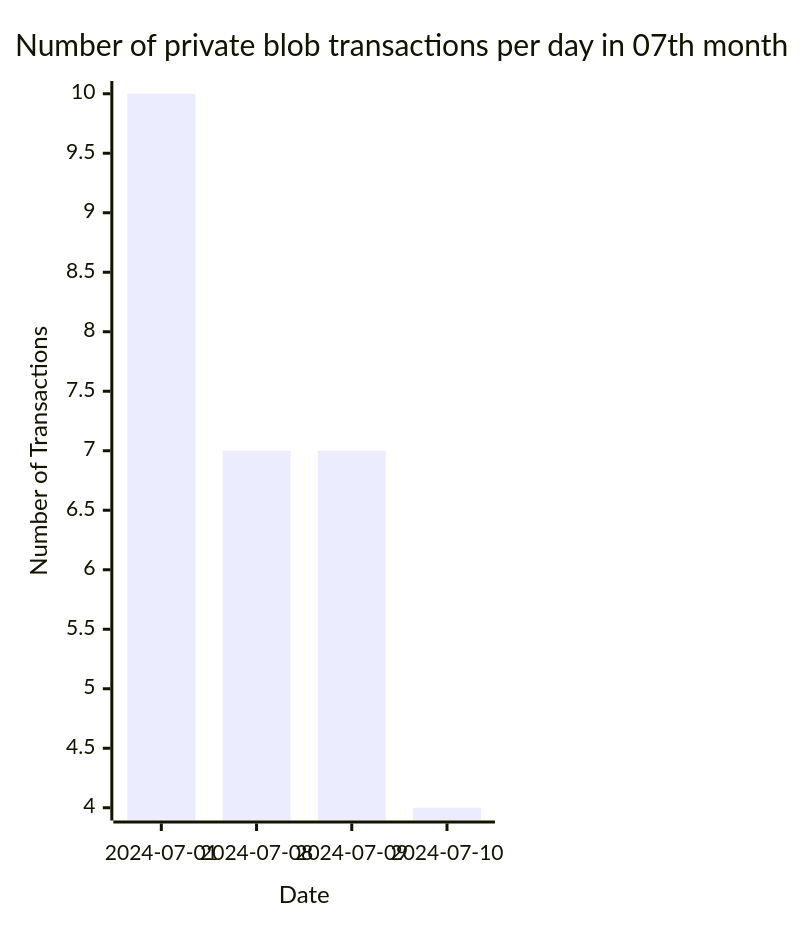
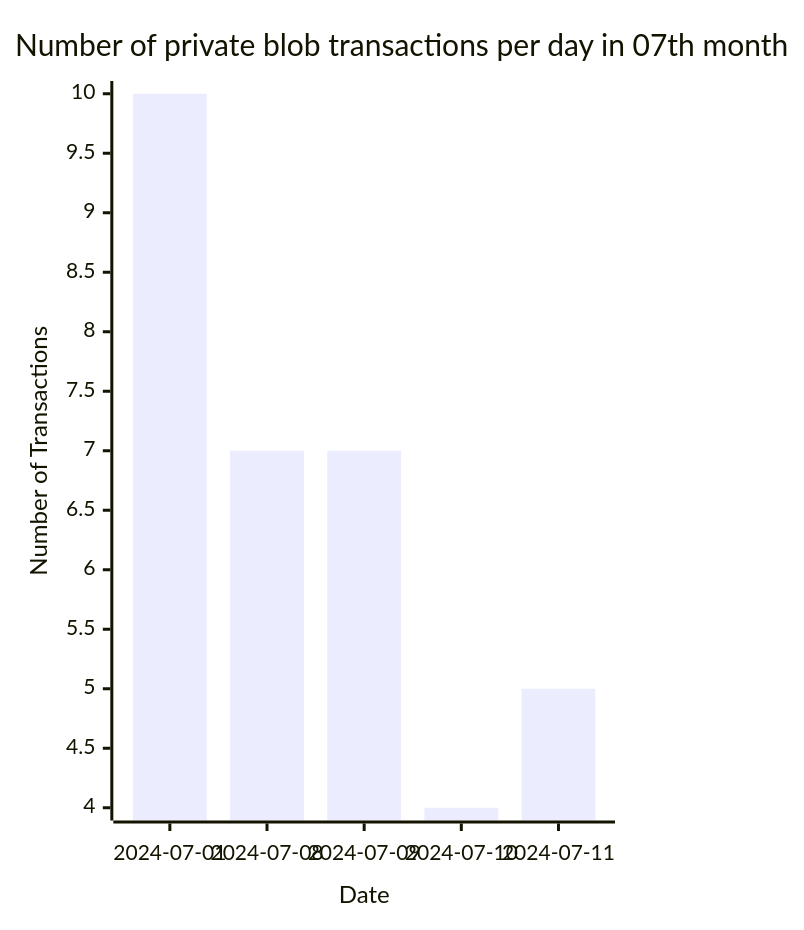
The fifth of 5 diagrams in README.md (Amit0617/eip4844-data), drawn with Mermaid before and after one commit. The commit also changed 1 other file, not shown here.

````diff
--- a/README.md
+++ b/README.md
@@ -53,12 +53,12 @@
 ```mermaid
 ---
 config:
     xyChart:
-        width: 320
+        width: 400
         height: 600
 ---
 xychart-beta title "Number of private blob transactions per day in 07th month"
-x-axis "Date" [2024-07-01,2024-07-08,2024-07-09,2024-07-10]
+x-axis "Date" [2024-07-01,2024-07-08,2024-07-09,2024-07-10,2024-07-11]
 y-axis "Number of Transactions"
-bar[10,7,7,4]
+bar[10,7,7,4,5]
 ```
````
